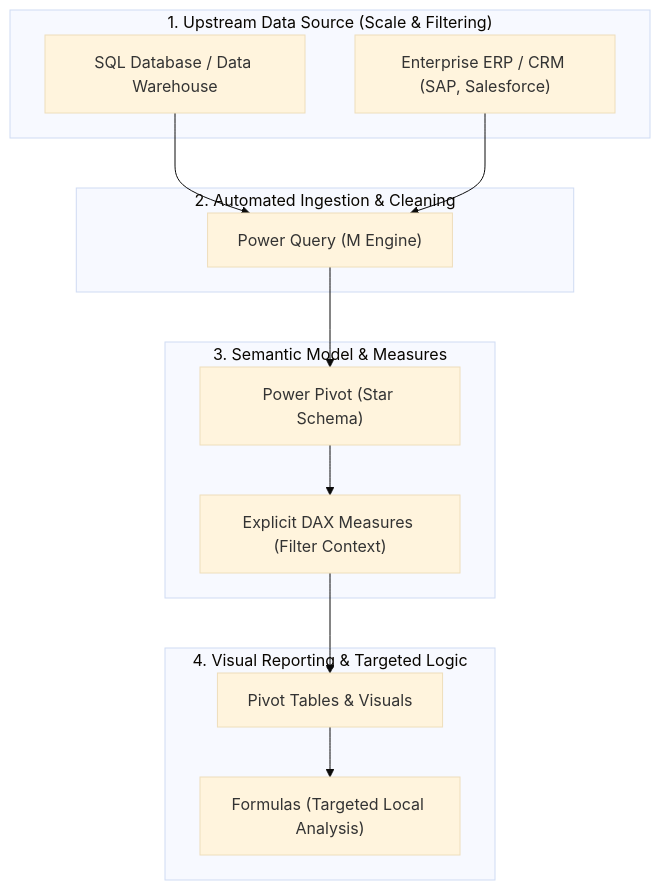
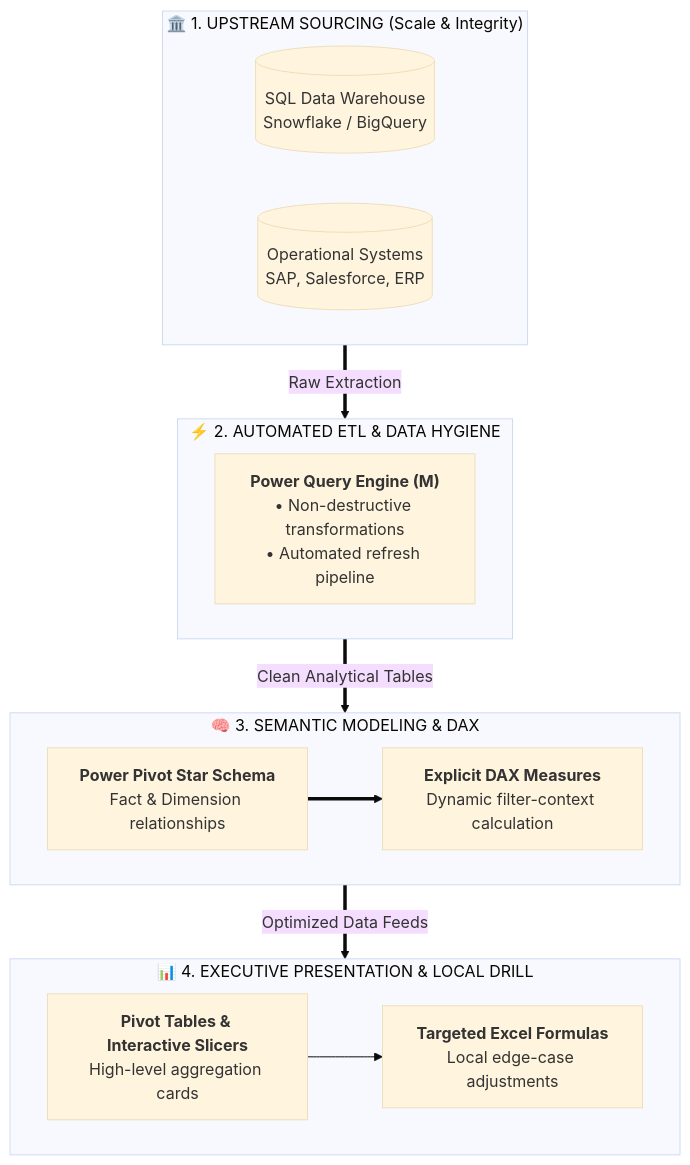
One commit to Sohila-Khaled-Abbas/COURSE-EXCEL-ZERO-TO-HERO changed the diagram in 03_Concepts/Why Not Always Formulas.md. Above: the diagram before and after it, drawn with Mermaid (base theme).

Commit message:
feat(auto-sync): update 03_Concepts\Structured References.md [2026-09-30 19:34:24]

````diff
--- a/03_Concepts/Why Not Always Formulas.md
+++ b/03_Concepts/Why Not Always Formulas.md
@@ -46,28 +46,31 @@
 ```mermaid
 flowchart TD
-    subgraph Upstream ["1. Upstream Data Source (Scale & Filtering)"]
-        SQL["SQL Database / Data Warehouse"]
-        CRM["Enterprise ERP / CRM (SAP, Salesforce)"]
+    subgraph Upstream ["🏛️ 1. UPSTREAM SOURCING (Scale & Integrity)"]
+        direction LR
+        SQL[("SQL Data Warehouse<br/>Snowflake / BigQuery")]
+        CRM[("Operational Systems<br/>SAP, Salesforce, ERP")]
     end
 
-    subgraph Transformation ["2. Automated Ingestion & Cleaning"]
-        PQ["Power Query (M Engine)"]
+    subgraph Transformation ["⚡ 2. AUTOMATED ETL & DATA HYGIENE"]
+        direction LR
+        PQ["<b>Power Query Engine (M)</b><br/>• Non-destructive transformations<br/>• Automated refresh pipeline"]
     end
 
-    subgraph Modeling ["3. Semantic Model & Measures"]
-        Model["Power Pivot (Star Schema)"]
-        DAX["Explicit DAX Measures (Filter Context)"]
+    subgraph Modeling ["🧠 3. SEMANTIC MODELING & DAX"]
+        direction LR
+        Model["<b>Power Pivot Star Schema</b><br/>Fact & Dimension relationships"]
+        DAX["<b>Explicit DAX Measures</b><br/>Dynamic filter-context calculation"]
+        Model ==> DAX
     end
 
-    subgraph Presentation ["4. Visual Reporting & Targeted Logic"]
-        Pivot["Pivot Tables & Visuals"]
-        Formulas["Formulas (Targeted Local Analysis)"]
+    subgraph Presentation ["📊 4. EXECUTIVE PRESENTATION & LOCAL DRILL"]
+        direction LR
+        Pivot["<b>Pivot Tables & Interactive Slicers</b><br/>High-level aggregation cards"]
+        Formulas["<b>Targeted Excel Formulas</b><br/>Local edge-case adjustments"]
+        Pivot --> Formulas
     end
 
-    SQL --> PQ
-    CRM --> PQ
-    PQ --> Model
-    Model --> DAX
-    DAX --> Pivot
-    Pivot --> Formulas
+    Upstream ==>|Raw Extraction| Transformation
+    Transformation ==>|Clean Analytical Tables| Modeling
+    Modeling ==>|Optimized Data Feeds| Presentation
 ```
````
